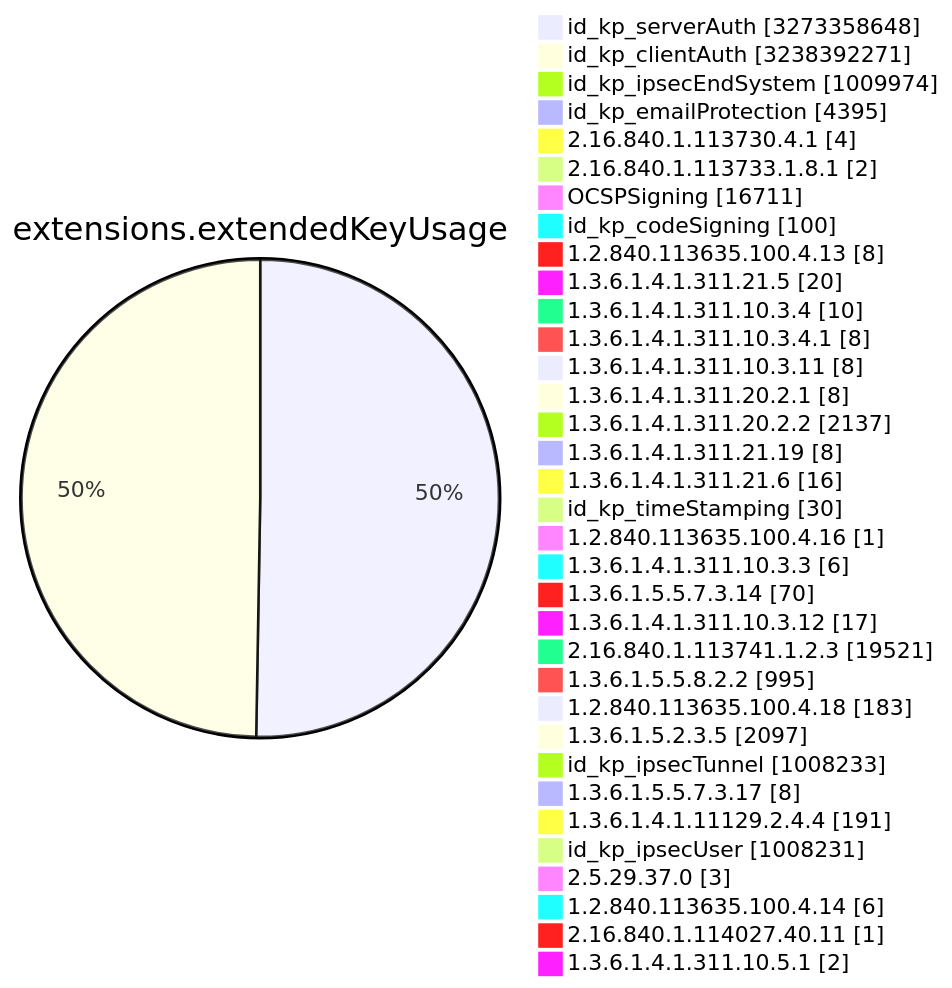
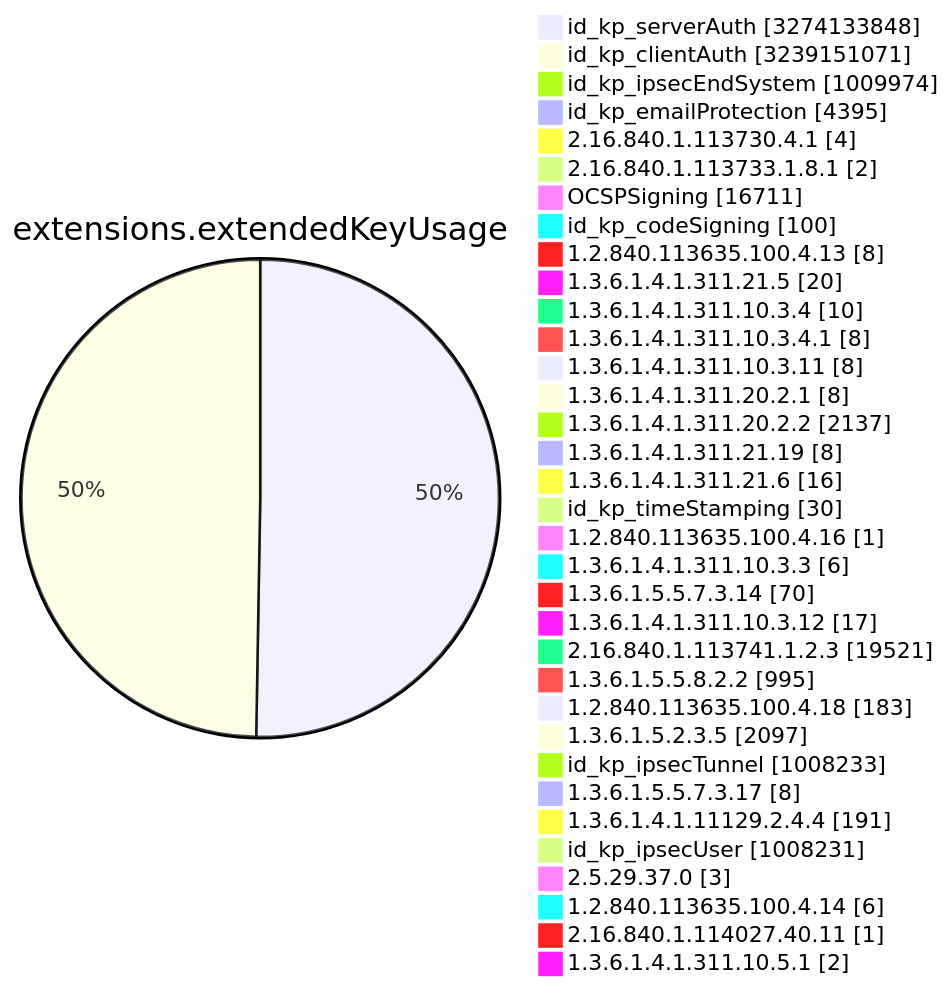
Diagram 11 of 15 in TOTAL/README.md (christiankrug/ctmonitor_visualization), drawn with Mermaid before and after one commit. The commit also changed other lines of this file, not shown here.

````diff
--- a/TOTAL/README.md
+++ b/TOTAL/README.md
@@ -4119,38 +4119,38 @@
 ```mermaid
 pie showData
 title extensions.extendedKeyUsage
-"id_kp_serverAuth" :3273358648
-"id_kp_clientAuth" :3238392271
+"id_kp_serverAuth" :3274133848
+"id_kp_clientAuth" :3239151071
 "id_kp_ipsecEndSystem" :1009974
 "id_kp_emailProtection" :4395
 "2.16.840.1.113730.4.1" :4
 "2.16.840.1.113733.1.8.1" :2
 "OCSPSigning" :16711
 "id_kp_codeSigning" :100
 "1.2.840.113635.100.4.13" :8
 "1.3.6.1.4.1.311.21.5" :20
 "1.3.6.1.4.1.311.10.3.4" :10
 "1.3.6.1.4.1.311.10.3.4.1" :8
 "1.3.6.1.4.1.311.10.3.11" :8
 "1.3.6.1.4.1.311.20.2.1" :8
 "1.3.6.1.4.1.311.20.2.2" :2137
 "1.3.6.1.4.1.311.21.19" :8
 "1.3.6.1.4.1.311.21.6" :16
 "id_kp_timeStamping" :30
 "1.2.840.113635.100.4.16" :1
 "1.3.6.1.4.1.311.10.3.3" :6
 "1.3.6.1.5.5.7.3.14" :70
 "1.3.6.1.4.1.311.10.3.12" :17
 "2.16.840.1.113741.1.2.3" :19521
 "1.3.6.1.5.5.8.2.2" :995
 "1.2.840.113635.100.4.18" :183
 "1.3.6.1.5.2.3.5" :2097
 "id_kp_ipsecTunnel" :1008233
 "1.3.6.1.5.5.7.3.17" :8
 "1.3.6.1.4.1.11129.2.4.4" :191
 "id_kp_ipsecUser" :1008231
 "2.5.29.37.0" :3
 "1.2.840.113635.100.4.14" :6
 "2.16.840.1.114027.40.11" :1
 "1.3.6.1.4.1.311.10.5.1" :2
 ```
````
